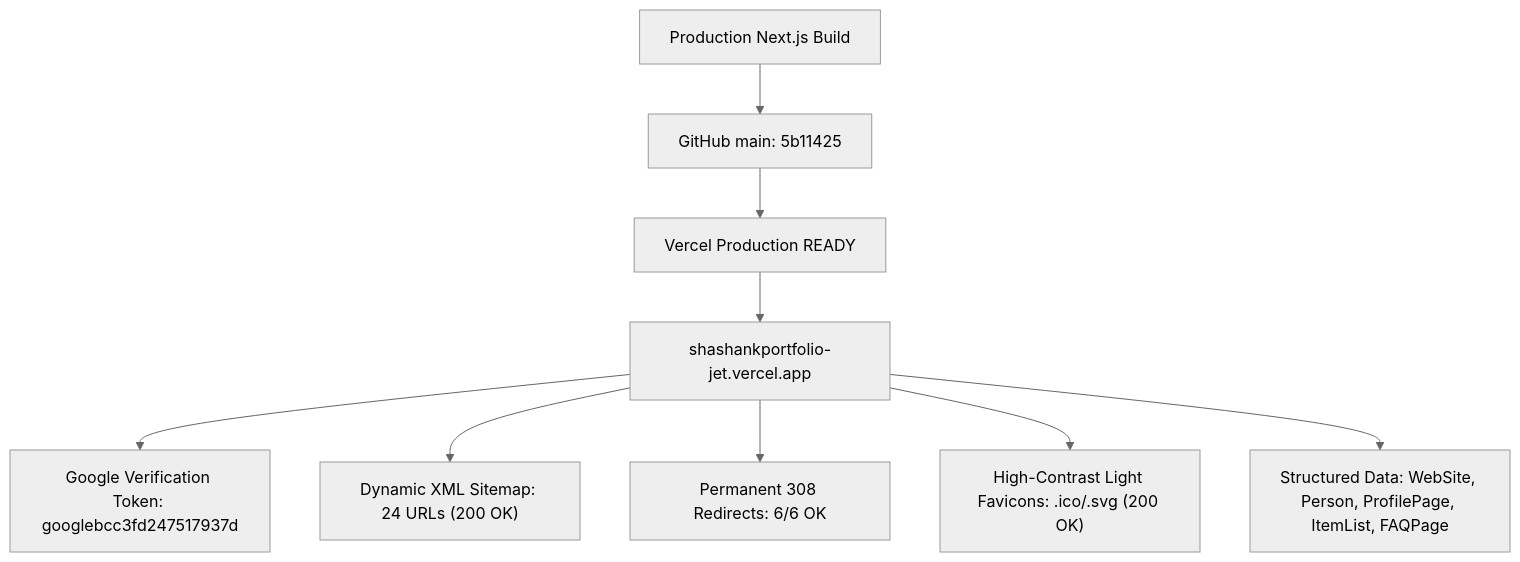
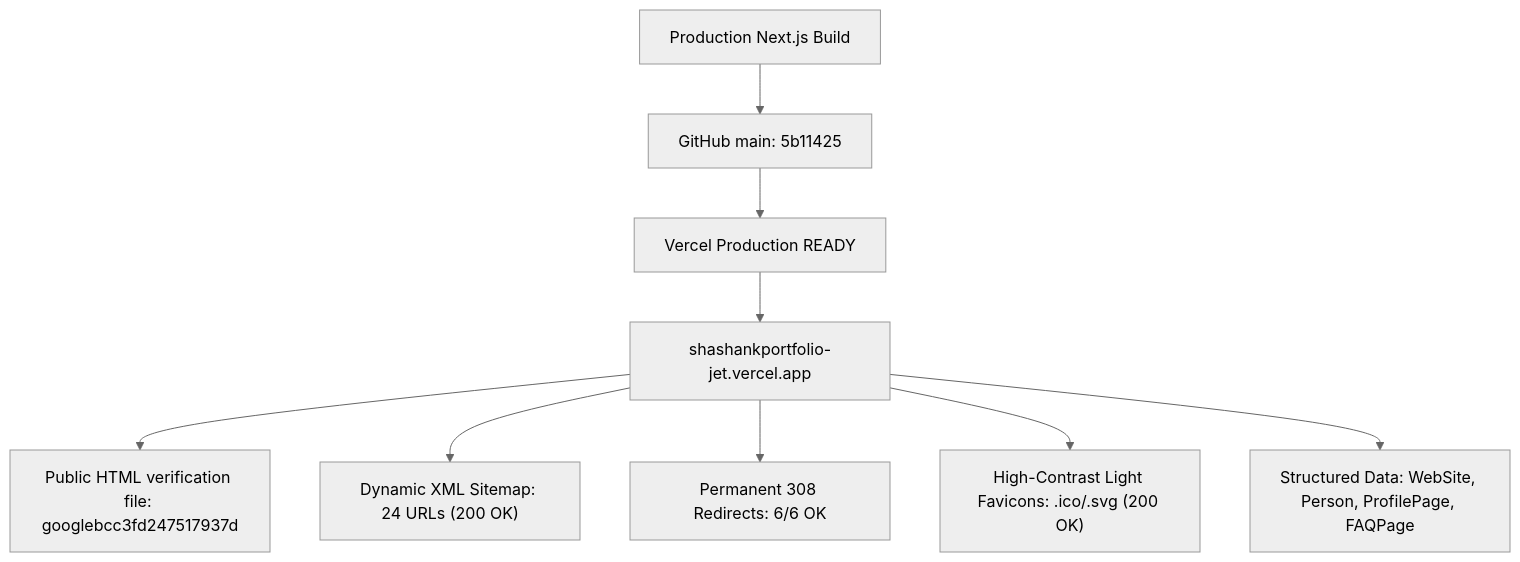
One commit to shashankshinde38-lab/portfolio changed the diagram in docs/seo/FINAL_SEO_IMPLEMENTATION_REPORT.md. Above: the diagram before and after it, drawn with Mermaid (neutral theme). The commit also changed other lines of this file and 13 other files, not shown here.

````diff
--- a/docs/seo/FINAL_SEO_IMPLEMENTATION_REPORT.md
+++ b/docs/seo/FINAL_SEO_IMPLEMENTATION_REPORT.md
@@ -15,11 +15,11 @@
 ```mermaid
 flowchart TD
     Build[Production Next.js Build] --> Git[GitHub main: 5b11425]
     Git --> Vercel[Vercel Production READY]
     Vercel --> PublicSite[shashankportfolio-jet.vercel.app]
-    PublicSite --> TokenVerified["Google Verification Token: googlebcc3fd247517937d"]
+    PublicSite --> TokenServed["Public HTML verification file: googlebcc3fd247517937d"]
     PublicSite --> SitemapVerified["Dynamic XML Sitemap: 24 URLs (200 OK)"]
     PublicSite --> RedirectsVerified["Permanent 308 Redirects: 6/6 OK"]
     PublicSite --> FaviconsVerified["High-Contrast Light Favicons: .ico/.svg (200 OK)"]
-    PublicSite --> SchemaVerified["Structured Data: WebSite, Person, ProfilePage, ItemList, FAQPage"]
+    PublicSite --> SchemaVerified["Structured Data: WebSite, Person, ProfilePage, FAQPage"]
 ```
````
